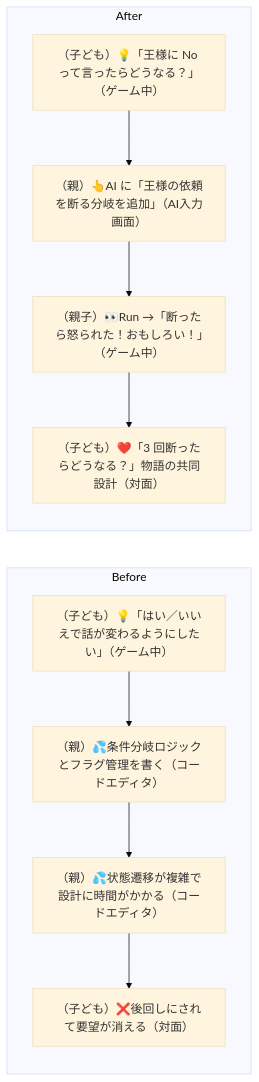
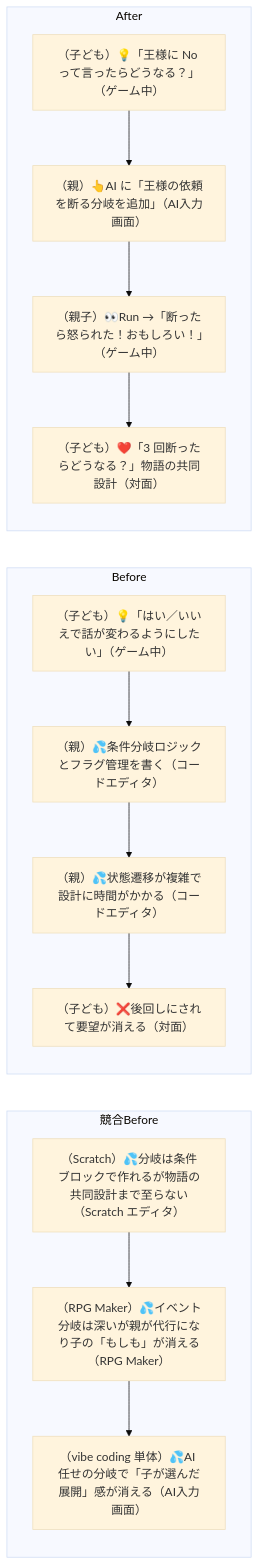
One commit to tatsuro-ueda/code-quest-pyxel changed diagram 25 of 42 in docs/customer-journeys.md. Above: the diagram before and after it, drawn with Mermaid (base theme). The commit also changed other lines of this file, not shown here.

````diff
--- a/docs/customer-journeys.md
+++ b/docs/customer-journeys.md
@@ -801,15 +801,20 @@
 ```mermaid
 flowchart LR
+    subgraph Competitor["競合Before"]
+        C1[（Scratch）💦分岐は条件ブロックで作れるが物語の共同設計まで至らない（Scratch エディタ）]
+        C1 --> C2[（RPG Maker）💦イベント分岐は深いが親が代行になり子の「もしも」が消える（RPG Maker）]
+        C2 --> C3[（vibe coding 単体）💦AI 任せの分岐で「子が選んだ展開」感が消える（AI入力画面）]
+    end
     subgraph Before["Before"]
         B1[（子ども）💡「はい／いいえで話が変わるようにしたい」（ゲーム中）]
         B1 --> B2[（親）💦条件分岐ロジックとフラグ管理を書く（コードエディタ）]
         B2 --> B3[（親）💦状態遷移が複雑で設計に時間がかかる（コードエディタ）]
         B3 --> B4[（子ども）❌後回しにされて要望が消える（対面）]
     end
     subgraph After["After"]
         A1[（子ども）💡「王様に No って言ったらどうなる？」（ゲーム中）]
         A1 --> A2[（親）👆AI に「王様の依頼を断る分岐を追加」（AI入力画面）]
         A2 --> A3[（親子）👀Run →「断ったら怒られた！おもしろい！」（ゲーム中）]
         A3 --> A4[（子ども）❤️「3 回断ったらどうなる？」物語の共同設計（対面）]
     end
 ```
````
